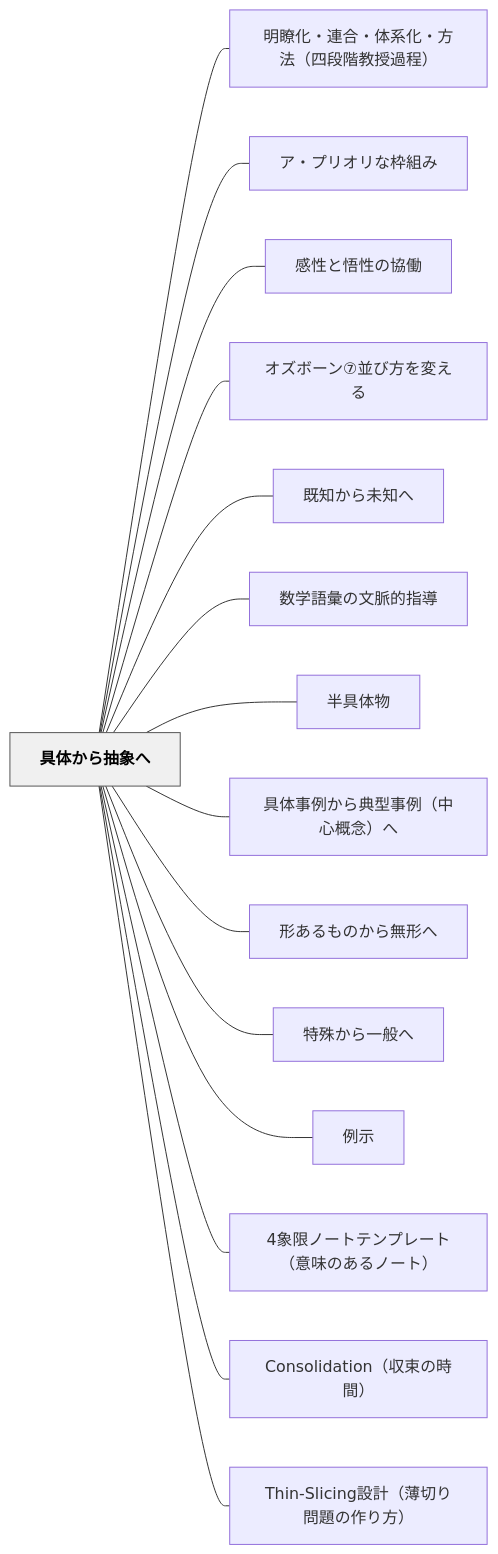
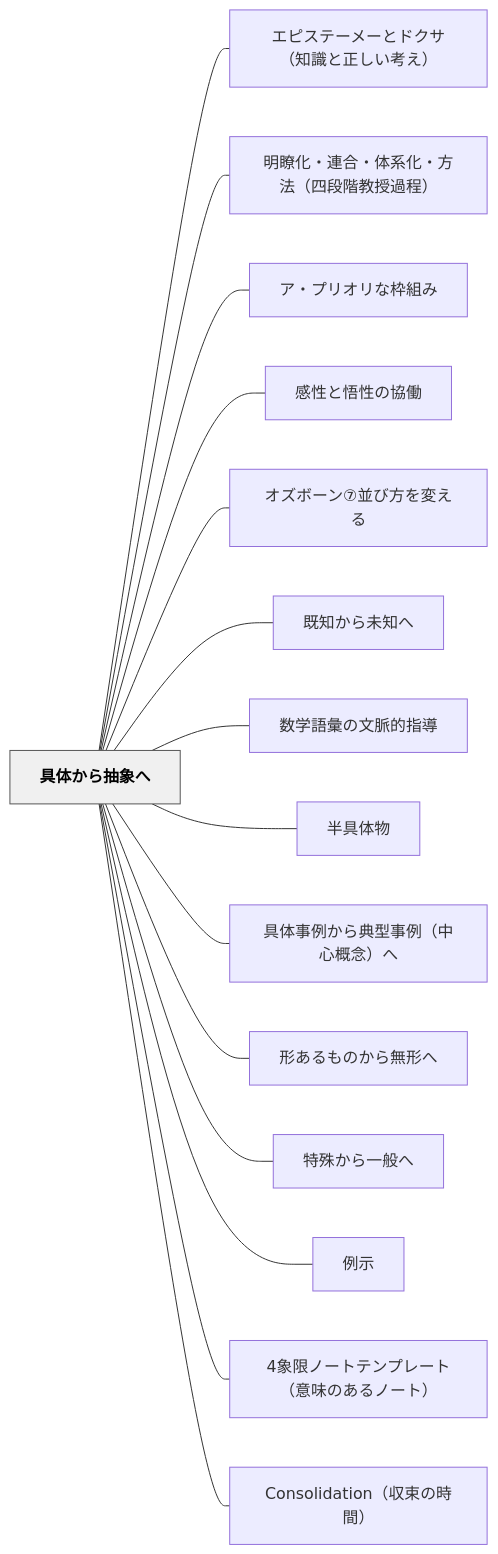
The diagram in content/パタン/具体から抽象へ.md (unknownthings-ed-patterns/unknownthings-ed-patterns), drawn with Mermaid before and after one commit. The commit also changed other lines of this file and 17 other files, not shown here.

````diff
--- a/content/パタン/具体から抽象へ.md
+++ b/content/パタン/具体から抽象へ.md
@@ -79,36 +79,36 @@
 ```mermaid
 flowchart LR
     ne585b7e4bd93e3818be38289e68abde8b1a1e381b8["具体から抽象へ"]
+    ne382a8e38394e382b9e38386e383bce383a1e383bce381a8e38389e382afe382b5efbc88e79fa5e8ad98e381a8e6ada3e38197e38184e88083e38188efbc89["エピステーメーとドクサ（知識と正しい考え）"]
     ne6988ee79eade58c96e383bbe980a3e59088e383bbe4bd93e7b3bbe58c96e383bbe696b9e6b395efbc88e59b9be6aeb5e99a8ee69599e68e88e9818ee7a88befbc89["明瞭化・連合・体系化・方法（四段階教授過程）"]
     ne382a2e383bbe38397e383aae382aae383aae381aae69ea0e7b584e381bf["ア・プリオリな枠組み"]
     ne6849fe680a7e381a8e6829fe680a7e381aee58d94e5838d["感性と悟性の協働"]
     ne382aae382bae3839ce383bce383b3e291a6e4b8a6e381b3e696b9e38292e5a489e38188e3828b["オズボーン⑦並び方を変える"]
     ne697a2e79fa5e3818be38289e69caae79fa5e381b8["既知から未知へ"]
     ne695b0e5ada6e8aa9ee5bd99e381aee69687e88488e79a84e68c87e5b08e["数学語彙の文脈的指導"]
     ne58d8ae585b7e4bd93e789a9["半具体物"]
     ne585b7e4bd93e4ba8be4be8be3818be38289e585b8e59e8be4ba8be4be8befbc88e4b8ade5bf83e6a682e5bfb5efbc89e381b8["具体事例から典型事例（中心概念）へ"]
     ne5bda2e38182e3828be38282e381aee3818be38289e784a1e5bda2e381b8["形あるものから無形へ"]
     ne789b9e6ae8ae3818be38289e4b880e888ace381b8["特殊から一般へ"]
     ne4be8be7a4ba["例示"]
     n34e8b1a1e99990e3838ee383bce38388e38386e383b3e38397e383ace383bce38388efbc88e6848fe591b3e381aee38182e3828be3838ee383bce38388efbc89["4象限ノートテンプレート（意味のあるノート）"]
     n436f6e736f6c69646174696f6eefbc88e58f8ee69d9fe381aee69982e99693efbc89["Consolidation（収束の時間）"]
-    n5468696e2d536c6963696e67e8a8ade8a888efbc88e89684e58887e3828ae5958fe9a18ce381aee4bd9ce3828ae696b9efbc89["Thin-Slicing設計（薄切り問題の作り方）"]
 
+    ne585b7e4bd93e3818be38289e68abde8b1a1e381b8 --- ne382a8e38394e382b9e38386e383bce383a1e383bce381a8e38389e382afe382b5efbc88e79fa5e8ad98e381a8e6ada3e38197e38184e88083e38188efbc89
     ne585b7e4bd93e3818be38289e68abde8b1a1e381b8 --- ne6988ee79eade58c96e383bbe980a3e59088e383bbe4bd93e7b3bbe58c96e383bbe696b9e6b395efbc88e59b9be6aeb5e99a8ee69599e68e88e9818ee7a88befbc89
     ne585b7e4bd93e3818be38289e68abde8b1a1e381b8 --- ne382a2e383bbe38397e383aae382aae383aae381aae69ea0e7b584e381bf
     ne585b7e4bd93e3818be38289e68abde8b1a1e381b8 --- ne6849fe680a7e381a8e6829fe680a7e381aee58d94e5838d
     ne585b7e4bd93e3818be38289e68abde8b1a1e381b8 --- ne382aae382bae3839ce383bce383b3e291a6e4b8a6e381b3e696b9e38292e5a489e38188e3828b
     ne585b7e4bd93e3818be38289e68abde8b1a1e381b8 --- ne697a2e79fa5e3818be38289e69caae79fa5e381b8
     ne585b7e4bd93e3818be38289e68abde8b1a1e381b8 --- ne695b0e5ada6e8aa9ee5bd99e381aee69687e88488e79a84e68c87e5b08e
     ne585b7e4bd93e3818be38289e68abde8b1a1e381b8 --- ne58d8ae585b7e4bd93e789a9
     ne585b7e4bd93e3818be38289e68abde8b1a1e381b8 --- ne585b7e4bd93e4ba8be4be8be3818be38289e585b8e59e8be4ba8be4be8befbc88e4b8ade5bf83e6a682e5bfb5efbc89e381b8
     ne585b7e4bd93e3818be38289e68abde8b1a1e381b8 --- ne5bda2e38182e3828be38282e381aee3818be38289e784a1e5bda2e381b8
     ne585b7e4bd93e3818be38289e68abde8b1a1e381b8 --- ne789b9e6ae8ae3818be38289e4b880e888ace381b8
     ne585b7e4bd93e3818be38289e68abde8b1a1e381b8 --- ne4be8be7a4ba
     ne585b7e4bd93e3818be38289e68abde8b1a1e381b8 --- n34e8b1a1e99990e3838ee383bce38388e38386e383b3e38397e383ace383bce38388efbc88e6848fe591b3e381aee38182e3828be3838ee383bce38388efbc89
     ne585b7e4bd93e3818be38289e68abde8b1a1e381b8 --- n436f6e736f6c69646174696f6eefbc88e58f8ee69d9fe381aee69982e99693efbc89
-    ne585b7e4bd93e3818be38289e68abde8b1a1e381b8 --- n5468696e2d536c6963696e67e8a8ade8a888efbc88e89684e58887e3828ae5958fe9a18ce381aee4bd9ce3828ae696b9efbc89
 
     classDef hub fill:#f0f0f0,stroke:#555,color:#000,font-weight:bold
     class ne585b7e4bd93e3818be38289e68abde8b1a1e381b8 hub
 ```
````
